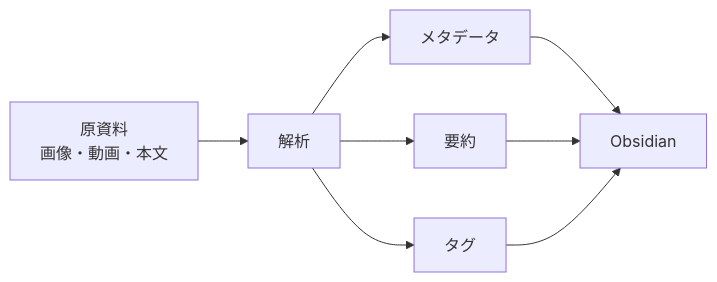
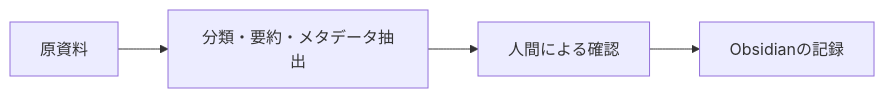
One commit to fukkamaru/digital-garden changed the diagram in content/31_Research/AIサービスにおける性的・センシティブコンテンツのガードレール整理.md. Above: the diagram before and after it, drawn with Mermaid. The commit also changed other lines of this file and 319 other files, not shown here.

````diff
--- a/content/31_Research/AIサービスにおける性的・センシティブコンテンツのガードレール整理.md
+++ b/content/31_Research/AIサービスにおける性的・センシティブコンテンツのガードレール整理.md
@@ -167,10 +90,6 @@
 ```mermaid
 flowchart LR
-    A[原資料<br>画像・動画・本文] --> B[解析]
-    B --> C[メタデータ]
-    B --> D[要約]
-    B --> E[タグ]
-    C --> F[Obsidian]
-    D --> F
-    E --> F
+    A[原資料] --> B[分類・要約・メタデータ抽出]
+    B --> C[人間による確認]
+    C --> D[Obsidianの記録]
 ```
````
